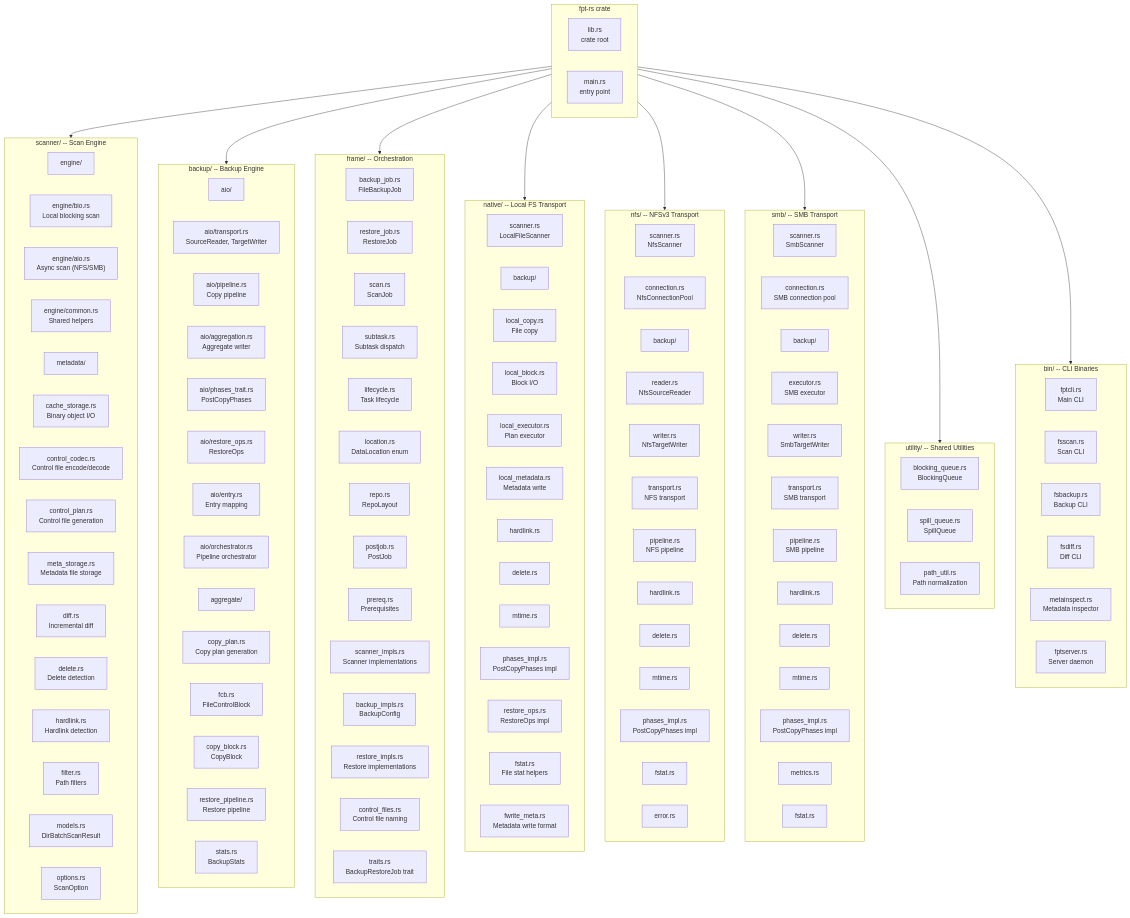
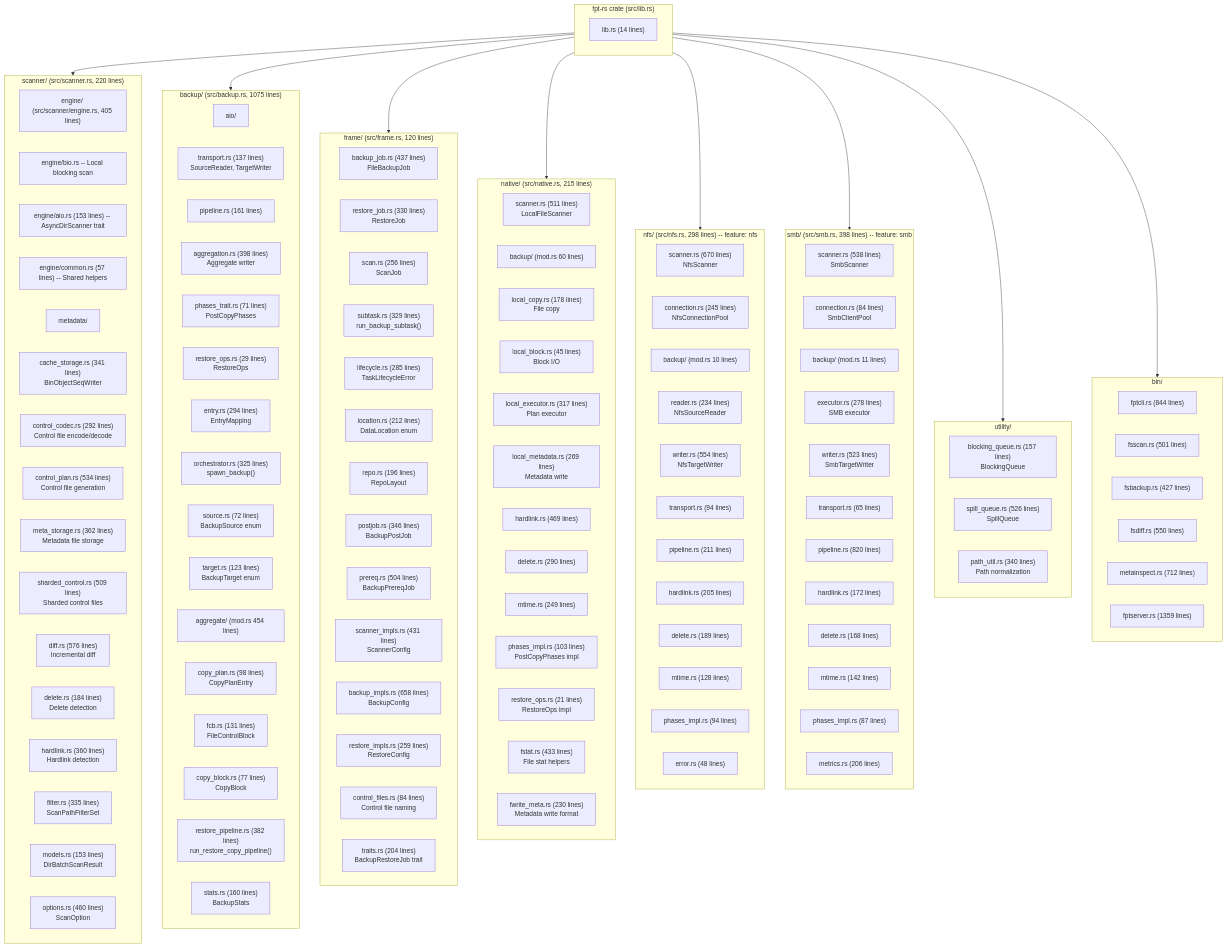
One commit to XUranus/fpt-rs changed the first of 3 diagrams in wiki/docs/architecture/module-structure.md. Above: the diagram before and after it, drawn with Mermaid. The commit also changed other lines of this file and 60 other files, not shown here.

First line of the commit message:
Enhance wiki: code snippets, mermaid diagrams, i18n zh-CN support

````diff
--- a/wiki/docs/architecture/module-structure.md
+++ b/wiki/docs/architecture/module-structure.md
@@ -13,131 +36,131 @@
 ```mermaid
 graph TD
-    subgraph ROOT["fpt-rs crate"]
-        LIB["lib.rs<br/>crate root"]
-        MAIN["main.rs<br/>entry point"]
+    subgraph ROOT["fpt-rs crate (src/lib.rs)"]
+        LIB["lib.rs (14 lines)"]
     end
 
-    subgraph SCANNER["scanner/ -- Scan Engine"]
-        SC_ENGINE["engine/"]
-        SC_BIO["engine/bio.rs<br/>Local blocking scan"]
-        SC_AIO["engine/aio.rs<br/>Async scan (NFS/SMB)"]
-        SC_COMMON["engine/common.rs<br/>Shared helpers"]
+    subgraph SCANNER["scanner/ (src/scanner.rs, 220 lines)"]
+        SC_ENGINE["engine/ (src/scanner/engine.rs, 405 lines)"]
+        SC_BIO["engine/bio.rs -- Local blocking scan"]
+        SC_AIO["engine/aio.rs (153 lines) -- AsyncDirScanner trait"]
+        SC_COMMON["engine/common.rs (57 lines) -- Shared helpers"]
         SC_META["metadata/"]
-        SC_CACHE["cache_storage.rs<br/>Binary object I/O"]
-        SC_CONTROL_CODEC["control_codec.rs<br/>Control file encode/decode"]
-        SC_CONTROL_PLAN["control_plan.rs<br/>Control file generation"]
-        SC_META_STORAGE["meta_storage.rs<br/>Metadata file storage"]
-        SC_DIFF["diff.rs<br/>Incremental diff"]
-        SC_DELETE["delete.rs<br/>Delete detection"]
-        SC_HARDLINK["hardlink.rs<br/>Hardlink detection"]
-        SC_FILTER["filter.rs<br/>Path filters"]
-        SC_MODELS["models.rs<br/>DirBatchScanResult"]
-        SC_OPTIONS["options.rs<br/>ScanOption"]
+        SC_CACHE["cache_storage.rs (341 lines)<br/>BinObjectSeqWriter"]
+        SC_CONTROL_CODEC["control_codec.rs (292 lines)<br/>Control file encode/decode"]
+        SC_CONTROL_PLAN["control_plan.rs (534 lines)<br/>Control file generation"]
+        SC_META_STORAGE["meta_storage.rs (362 lines)<br/>Metadata file storage"]
+        SC_SHARDED["sharded_control.rs (509 lines)<br/>Sharded control files"]
+        SC_DIFF["diff.rs (576 lines)<br/>Incremental diff"]
+        SC_DELETE["delete.rs (184 lines)<br/>Delete detection"]
+        SC_HARDLINK["hardlink.rs (360 lines)<br/>Hardlink detection"]
+        SC_FILTER["filter.rs (335 lines)<br/>ScanPathFilterSet"]
+        SC_MODELS["models.rs (153 lines)<br/>DirBatchScanResult"]
+        SC_OPTIONS["options.rs (460 lines)<br/>ScanOption"]
     end
 
-    subgraph BACKUP["backup/ -- Backup Engine"]
+    subgraph BACKUP["backup/ (src/backup.rs, 1075 lines)"]
         BK_AIO["aio/"]
-        BK_TRANSPORT["aio/transport.rs<br/>SourceReader, TargetWriter"]
-        BK_PIPELINE["aio/pipeline.rs<br/>Copy pipeline"]
-        BK_AGGREGATION["aio/aggregation.rs<br/>Aggregate writer"]
-        BK_PHASES["aio/phases_trait.rs<br/>PostCopyPhases"]
-        BK_RESTORE_OPS["aio/restore_ops.rs<br/>RestoreOps"]
-        BK_ENTRY["aio/entry.rs<br/>Entry mapping"]
-        BK_ORCHESTRATOR["aio/orchestrator.rs<br/>Pipeline orchestrator"]
-        BK_AGGREGATE["aggregate/"]
-        BK_COPY_PLAN["copy_plan.rs<br/>Copy plan generation"]
-        BK_FCB["fcb.rs<br/>FileControlBlock"]
-        BK_COPY_BLOCK["copy_block.rs<br/>CopyBlock"]
-        BK_RESTORE["restore_pipeline.rs<br/>Restore pipeline"]
-        BK_STATS["stats.rs<br/>BackupStats"]
+        BK_TRANSPORT["transport.rs (137 lines)<br/>SourceReader, TargetWriter"]
+        BK_PIPELINE["pipeline.rs (161 lines)"]
+        BK_AGGREGATION["aggregation.rs (398 lines)<br/>Aggregate writer"]
+        BK_PHASES["phases_trait.rs (71 lines)<br/>PostCopyPhases"]
+        BK_RESTORE_OPS["restore_ops.rs (29 lines)<br/>RestoreOps"]
+        BK_ENTRY["entry.rs (294 lines)<br/>EntryMapping"]
+        BK_ORCHESTRATOR["orchestrator.rs (325 lines)<br/>spawn_backup()"]
+        BK_SOURCE["source.rs (72 lines)<br/>BackupSource enum"]
+        BK_TARGET["target.rs (123 lines)<br/>BackupTarget enum"]
+        BK_AGGREGATE["aggregate/ (mod.rs 454 lines)"]
+        BK_COPY_PLAN["copy_plan.rs (98 lines)<br/>CopyPlanEntry"]
+        BK_FCB["fcb.rs (131 lines)<br/>FileControlBlock"]
+        BK_COPY_BLOCK["copy_block.rs (77 lines)<br/>CopyBlock"]
+        BK_RESTORE["restore_pipeline.rs (382 lines)<br/>run_restore_copy_pipeline()"]
+        BK_STATS["stats.rs (160 lines)<br/>BackupStats"]
     end
 
-    subgraph FRAME["frame/ -- Orchestration"]
-        FR_BACKUP_JOB["backup_job.rs<br/>FileBackupJob"]
-        FR_RESTORE_JOB["restore_job.rs<br/>RestoreJob"]
-        FR_SCAN["scan.rs<br/>ScanJob"]
-        FR_SUBTASK["subtask.rs<br/>Subtask dispatch"]
-        FR_LIFECYCLE["lifecycle.rs<br/>Task lifecycle"]
-        FR_LOCATION["location.rs<br/>DataLocation enum"]
-        FR_REPO["repo.rs<br/>RepoLayout"]
-        FR_POSTJOB["postjob.rs<br/>PostJob"]
-        FR_PREREQ["prereq.rs<br/>Prerequisites"]
-        FR_SCANNER_IMPL["scanner_impls.rs<br/>Scanner implementations"]
-        FR_BACKUP_IMPL["backup_impls.rs<br/>BackupConfig"]
-        FR_RESTORE_IMPL["restore_impls.rs<br/>Restore implementations"]
-        FR_CONTROL["control_files.rs<br/>Control file naming"]
-        FR_TRAITS["traits.rs<br/>BackupRestoreJob trait"]
+    subgraph FRAME["frame/ (src/frame.rs, 120 lines)"]
+        FR_BACKUP_JOB["backup_job.rs (437 lines)<br/>FileBackupJob"]
+        FR_RESTORE_JOB["restore_job.rs (330 lines)<br/>RestoreJob"]
+        FR_SCAN["scan.rs (256 lines)<br/>ScanJob"]
+        FR_SUBTASK["subtask.rs (329 lines)<br/>run_backup_subtask()"]
+        FR_LIFECYCLE["lifecycle.rs (285 lines)<br/>TaskLifecycleError"]
+        FR_LOCATION["location.rs (212 lines)<br/>DataLocation enum"]
+        FR_REPO["repo.rs (196 lines)<br/>RepoLayout"]
+        FR_POSTJOB["postjob.rs (346 lines)<br/>BackupPostJob"]
+        FR_PREREQ["prereq.rs (504 lines)<br/>BackupPrereqJob"]
+        FR_SCANNER_IMPL["scanner_impls.rs (431 lines)<br/>ScannerConfig"]
+        FR_BACKUP_IMPL["backup_impls.rs (658 lines)<br/>BackupConfig"]
+        FR_RESTORE_IMPL["restore_impls.rs (259 lines)<br/>RestoreConfig"]
+        FR_CONTROL["control_files.rs (84 lines)<br/>Control file naming"]
+        FR_TRAITS["traits.rs (204 lines)<br/>BackupRestoreJob trait"]
     end
 
-    subgraph NATIVE["native/ -- Local FS Transport"]
-        NT_SCANNER["scanner.rs<br/>LocalFileScanner"]
-        NT_BACKUP["backup/"]
-        NT_LOCAL_COPY["local_copy.rs<br/>File copy"]
-        NT_LOCAL_BLOCK["local_block.rs<br/>Block I/O"]
-        NT_EXECUTOR["local_executor.rs<br/>Plan executor"]
-        NT_METADATA["local_metadata.rs<br/>Metadata write"]
-        NT_HARDLINK["hardlink.rs"]
-        NT_DELETE["delete.rs"]
-        NT_MTIME["mtime.rs"]
-        NT_PHASES["phases_impl.rs<br/>PostCopyPhases impl"]
-        NT_RESTORE_OPS["restore_ops.rs<br/>RestoreOps impl"]
-        NT_FSTAT["fstat.rs<br/>File stat helpers"]
-        NT_FWRITE["fwrite_meta.rs<br/>Metadata write format"]
+    subgraph NATIVE["native/ (src/native.rs, 215 lines)"]
+        NT_SCANNER["scanner.rs (511 lines)<br/>LocalFileScanner"]
+        NT_BACKUP["backup/ (mod.rs 60 lines)"]
+        NT_LOCAL_COPY["local_copy.rs (178 lines)<br/>File copy"]
+        NT_LOCAL_BLOCK["local_block.rs (45 lines)<br/>Block I/O"]
+        NT_EXECUTOR["local_executor.rs (317 lines)<br/>Plan executor"]
+        NT_METADATA["local_metadata.rs (269 lines)<br/>Metadata write"]
+        NT_HARDLINK["hardlink.rs (469 lines)"]
+        NT_DELETE["delete.rs (290 lines)"]
+        NT_MTIME["mtime.rs (249 lines)"]
+        NT_PHASES["phases_impl.rs (103 lines)<br/>PostCopyPhases impl"]
+        NT_RESTORE_OPS["restore_ops.rs (21 lines)<br/>RestoreOps impl"]
+        NT_FSTAT["fstat.rs (433 lines)<br/>File stat helpers"]
+        NT_FWRITE["fwrite_meta.rs (230 lines)<br/>Metadata write format"]
     end
 
-    subgraph NFS["nfs/ -- NFSv3 Transport"]
-        NF_SCANNER["scanner.rs<br/>NfsScanner"]
-        NF_CONNECTION["connection.rs<br/>NfsConnectionPool"]
-        NF_BACKUP["backup/"]
-        NF_READER["reader.rs<br/>NfsSourceReader"]
-        NF_WRITER["writer.rs<br/>NfsTargetWriter"]
-        NF_TRANSPORT["transport.rs<br/>NFS transport"]
-        NF_PIPELINE["pipeline.rs<br/>NFS pipeline"]
-        NF_HARDLINK["hardlink.rs"]
-        NF_DELETE["delete.rs"]
-        NF_MTIME["mtime.rs"]
-        NF_PHASES["phases_impl.rs<br/>PostCopyPhases impl"]
-        NF_FSTAT["fstat.rs"]
-        NF_ERROR["error.rs"]
+    subgraph NFSMOD["nfs/ (src/nfs.rs, 298 lines) -- feature: nfs"]
+        NF_SCANNER["scanner.rs (670 lines)<br/>NfsScanner"]
+        NF_CONNECTION["connection.rs (245 lines)<br/>NfsConnectionPool"]
+        NF_BACKUP["backup/ (mod.rs 10 lines)"]
+        NF_READER["reader.rs (234 lines)<br/>NfsSourceReader"]
+        NF_WRITER["writer.rs (554 lines)<br/>NfsTargetWriter"]
+        NF_TRANSPORT["transport.rs (94 lines)"]
+        NF_PIPELINE["pipeline.rs (211 lines)"]
+        NF_HARDLINK["hardlink.rs (205 lines)"]
+        NF_DELETE["delete.rs (189 lines)"]
+        NF_MTIME["mtime.rs (128 lines)"]
+        NF_PHASES["phases_impl.rs (94 lines)"]
+        NF_ERROR["error.rs (48 lines)"]
     end
 
-    subgraph SMB["smb/ -- SMB Transport"]
-        SM_SCANNER["scanner.rs<br/>SmbScanner"]
-        SM_CONNECTION["connection.rs<br/>SMB connection pool"]
-        SM_BACKUP["backup/"]
-        SM_EXECUTOR["executor.rs<br/>SMB executor"]
-        SM_WRITER["writer.rs<br/>SmbTargetWriter"]
-        SM_TRANSPORT["transport.rs<br/>SMB transport"]
-        SM_PIPELINE["pipeline.rs<br/>SMB pipeline"]
-        SM_HARDLINK["hardlink.rs"]
-        SM_DELETE["delete.rs"]
-        SM_MTIME["mtime.rs"]
-        SM_PHASES["phases_impl.rs<br/>PostCopyPhases impl"]
-        SM_METRICS["metrics.rs"]
-        SM_FSTAT["fstat.rs"]
+    subgraph SMBMOD["smb/ (src/smb.rs, 398 lines) -- feature: smb"]
+        SM_SCANNER["scanner.rs (538 lines)<br/>SmbScanner"]
+        SM_CONNECTION["connection.rs (84 lines)<br/>SmbClientPool"]
+        SM_BACKUP["backup/ (mod.rs 11 lines)"]
+        SM_EXECUTOR["executor.rs (278 lines)<br/>SMB executor"]
+        SM_WRITER["writer.rs (523 lines)<br/>SmbTargetWriter"]
+        SM_TRANSPORT["transport.rs (65 lines)"]
+        SM_PIPELINE["pipeline.rs (820 lines)"]
+        SM_HARDLINK["hardlink.rs (172 lines)"]
+        SM_DELETE["delete.rs (168 lines)"]
+        SM_MTIME["mtime.rs (142 lines)"]
+        SM_PHASES["phases_impl.rs (87 lines)"]
+        SM_METRICS["metrics.rs (206 lines)"]
     end
 
-    subgraph UTILITY["utility/ -- Shared Utilities"]
-        UT_BLOCKING["blocking_queue.rs<br/>BlockingQueue"]
-        UT_SPILL["spill_queue.rs<br/>SpillQueue"]
-        UT_PATH["path_util.rs<br/>Path normalization"]
+    subgraph UTILITY["utility/"]
+        UT_BLOCKING["blocking_queue.rs (157 lines)<br/>BlockingQueue"]
+        UT_SPILL["spill_queue.rs (526 lines)<br/>SpillQueue"]
+        UT_PATH["path_util.rs (340 lines)<br/>Path normalization"]
     end
 
-    subgraph BIN["bin/ -- CLI Binaries"]
-        BIN_FPTCLI["fptcli.rs<br/>Main CLI"]
-        BIN_FSSCAN["fsscan.rs<br/>Scan CLI"]
-        BIN_FSBACKUP["fsbackup.rs<br/>Backup CLI"]
-        BIN_FSDIFF["fsdiff.rs<br/>Diff CLI"]
-        BIN_METAINSPECT["metainspect.rs<br/>Metadata inspector"]
-        BIN_FPTSERVER["fptserver.rs<br/>Server daemon"]
+    subgraph BIN["bin/"]
+        BIN_FPTCLI["fptcli.rs (844 lines)"]
+        BIN_FSSCAN["fsscan.rs (501 lines)"]
+        BIN_FSBACKUP["fsbackup.rs (427 lines)"]
+        BIN_FSDIFF["fsdiff.rs (550 lines)"]
+        BIN_METAINSPECT["metainspect.rs (712 lines)"]
+        BIN_FPTSERVER["fptserver.rs (1359 lines)"]
     end
 
     ROOT --> SCANNER
     ROOT --> BACKUP
     ROOT --> FRAME
     ROOT --> NATIVE
-    ROOT --> NFS
-    ROOT --> SMB
+    ROOT --> NFSMOD
+    ROOT --> SMBMOD
     ROOT --> UTILITY
     ROOT --> BIN
 ```
````
